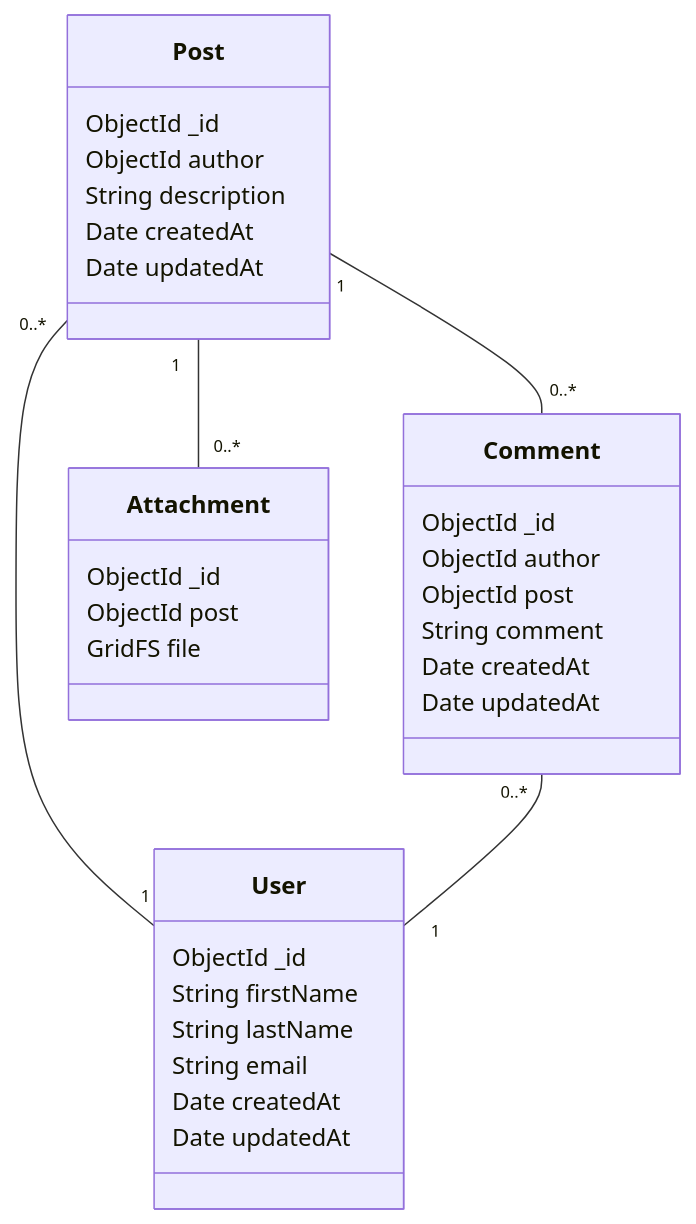
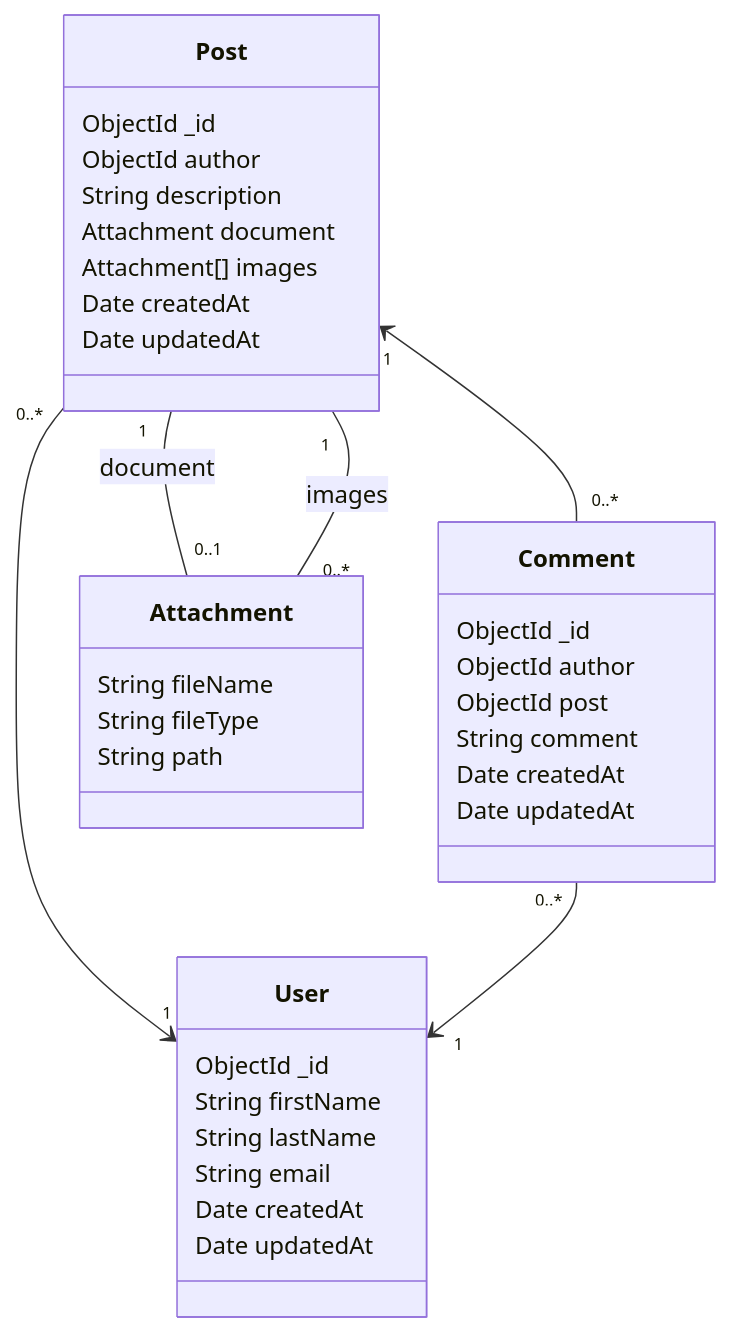
Before and after one commit to DonkeyMobile/donkey-assessment: the diagram in diagram.md, drawn with Mermaid. The commit also changed 19 other files, not shown here.

````diff
--- a/diagram.md
+++ b/diagram.md
@@ -1,41 +1,44 @@
 ```mermaid
 
 classDiagram
 
 class User {
     ObjectId _id
     String firstName
     String lastName
     String email
     Date createdAt
     Date updatedAt
 }
 
 class Post {
     ObjectId _id
     ObjectId author
     String description
+    Attachment document
+    Attachment[] images
     Date createdAt
     Date updatedAt
 }
 
 class Comment {
     ObjectId _id
     ObjectId author
     ObjectId post
     String comment
     Date createdAt
     Date updatedAt
 }
 
 class Attachment {
-    ObjectId _id
-    ObjectId post
-    GridFS file
+    String fileName
+    String fileType
+    String path
 }
 
-Post "0..*" -- "1" User
-Post "1" -- "0..*" Comment
-Post "1" -- "0..*" Attachment
-Comment "0..*" -- "1" User
+Post "0..*" --> "1" User
+Post "1" <-- "0..*" Comment
+Post "1" -- "0..1" Attachment: document
+Post "1" -- "0..*" Attachment: images
+Comment "0..*" --> "1" User
 ```
````
